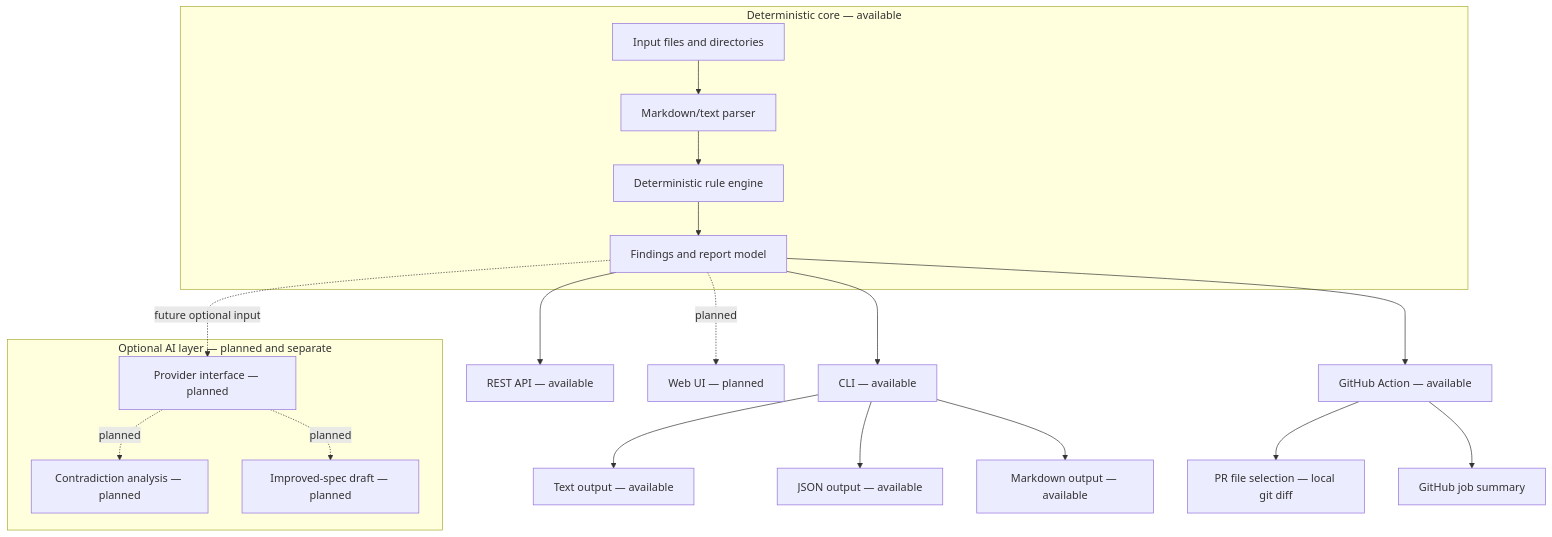
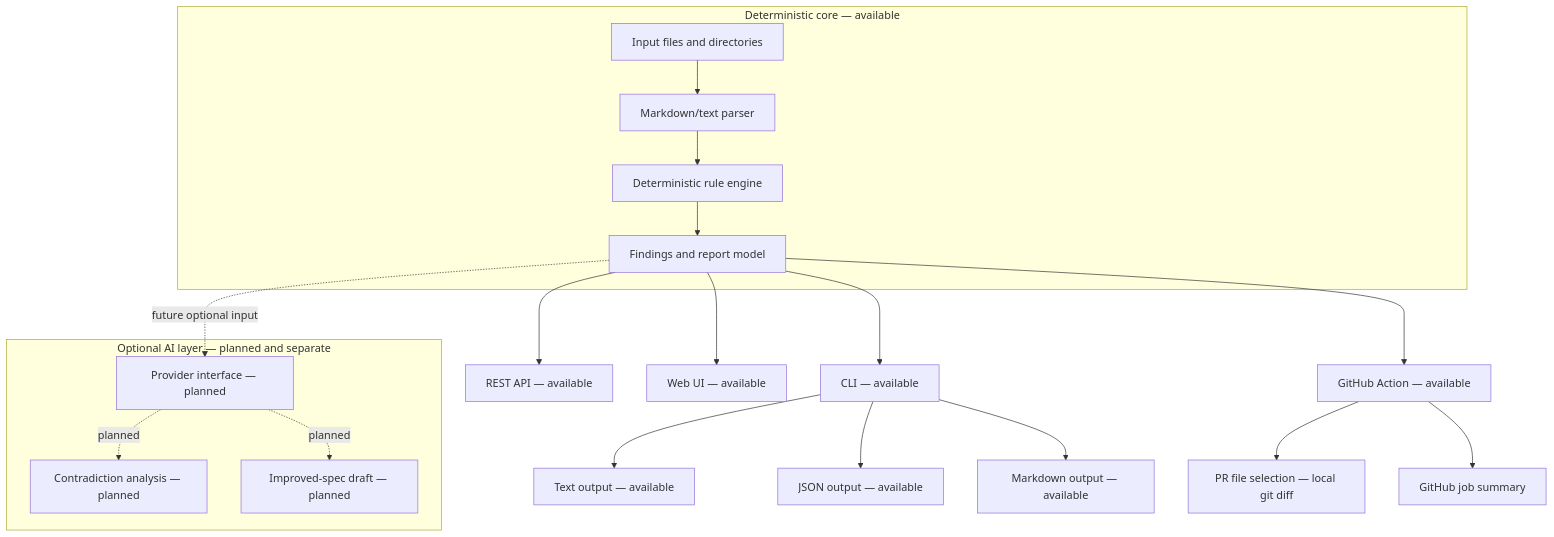
Before and after one commit to specforgeart/specforge-gate: the diagram in docs/architecture.md, drawn with Mermaid. The commit also changed other lines of this file and 18 other files, not shown here.

````diff
--- a/docs/architecture.md
+++ b/docs/architecture.md
@@ -5,29 +5,29 @@
 ```mermaid
 flowchart TD
     subgraph Core["Deterministic core — available"]
         A["Input files and directories"] --> B["Markdown/text parser"]
         B --> C["Deterministic rule engine"]
         C --> D["Findings and report model"]
     end
 
     D --> E["CLI — available"]
     E --> F["Text output — available"]
     E --> G["JSON output — available"]
     E --> H["Markdown output — available"]
 
     D --> I["GitHub Action — available"]
     I --> O["PR file selection — local git diff"]
     I --> P["GitHub job summary"]
     D --> J["REST API — available"]
-    D -. planned .-> K["Web UI — planned"]
+    D --> K["Web UI — available"]
 
     subgraph AI["Optional AI layer — planned and separate"]
         L["Provider interface — planned"]
         M["Contradiction analysis — planned"]
         N["Improved-spec draft — planned"]
     end
 
     D -. future optional input .-> L
     L -. planned .-> M
     L -. planned .-> N
 ```
````
